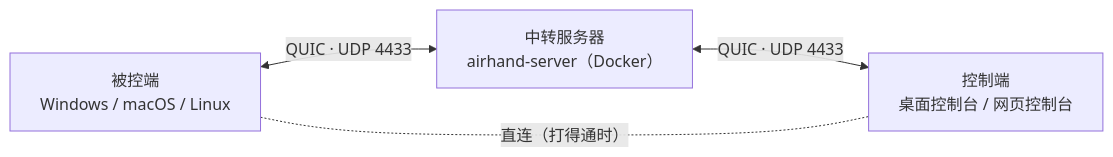
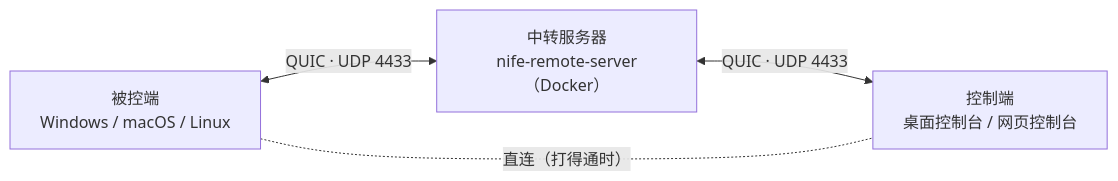
One commit to OliverMao/nife-remote changed the diagram in README.zh-CN.md. Above: the diagram before and after it, drawn with Mermaid. The commit also changed other lines of this file and 178 other files, not shown here.

First line of the commit message:
refactor: 项目重命名为 Nife Remote 并将版本降至 0.0.1

````diff
--- a/README.zh-CN.md
+++ b/README.zh-CN.md
@@ -58,9 +58,9 @@
 ```mermaid
 flowchart LR
     host["被控端<br>Windows / macOS / Linux"]
-    relay["中转服务器<br>airhand-server（Docker）"]
+    relay["中转服务器<br>nife-remote-server（Docker）"]
     ctrl["控制端<br>桌面控制台 / 网页控制台"]
     host <-->|"QUIC · UDP 4433"| relay
     relay <-->|"QUIC · UDP 4433"| ctrl
     host -. "直连（打得通时）" .- ctrl
 ```
````
